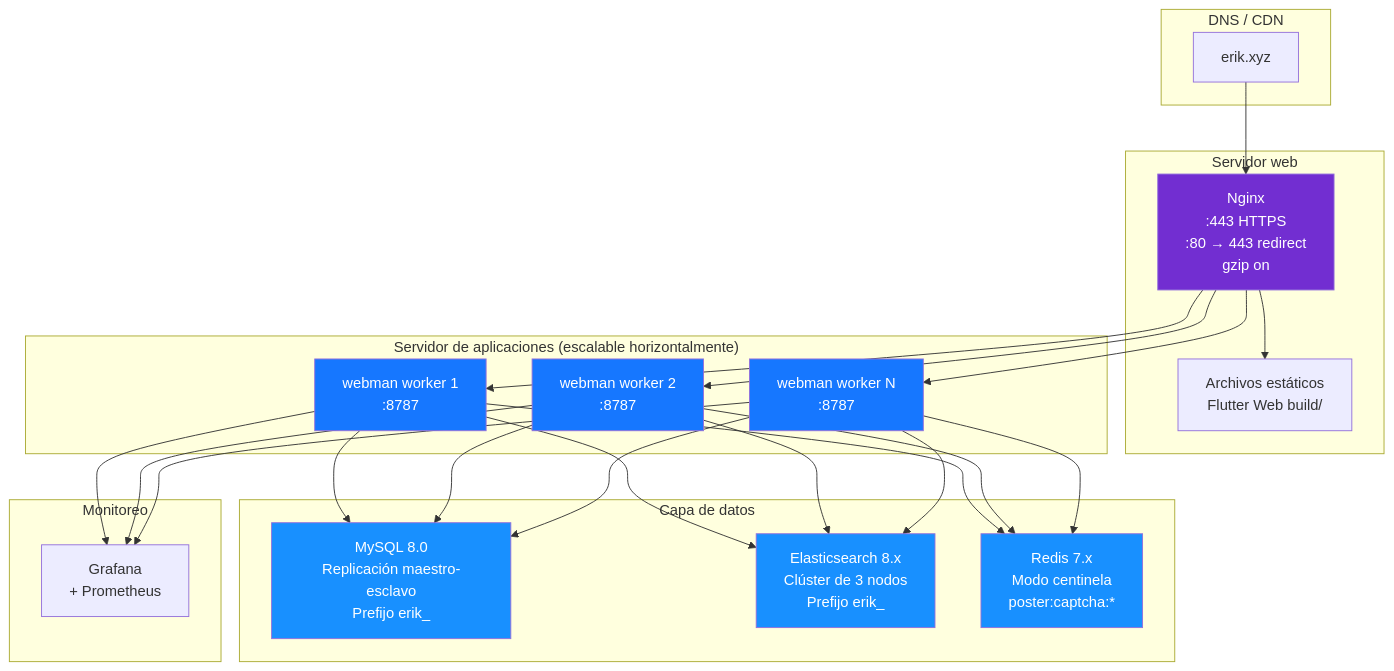
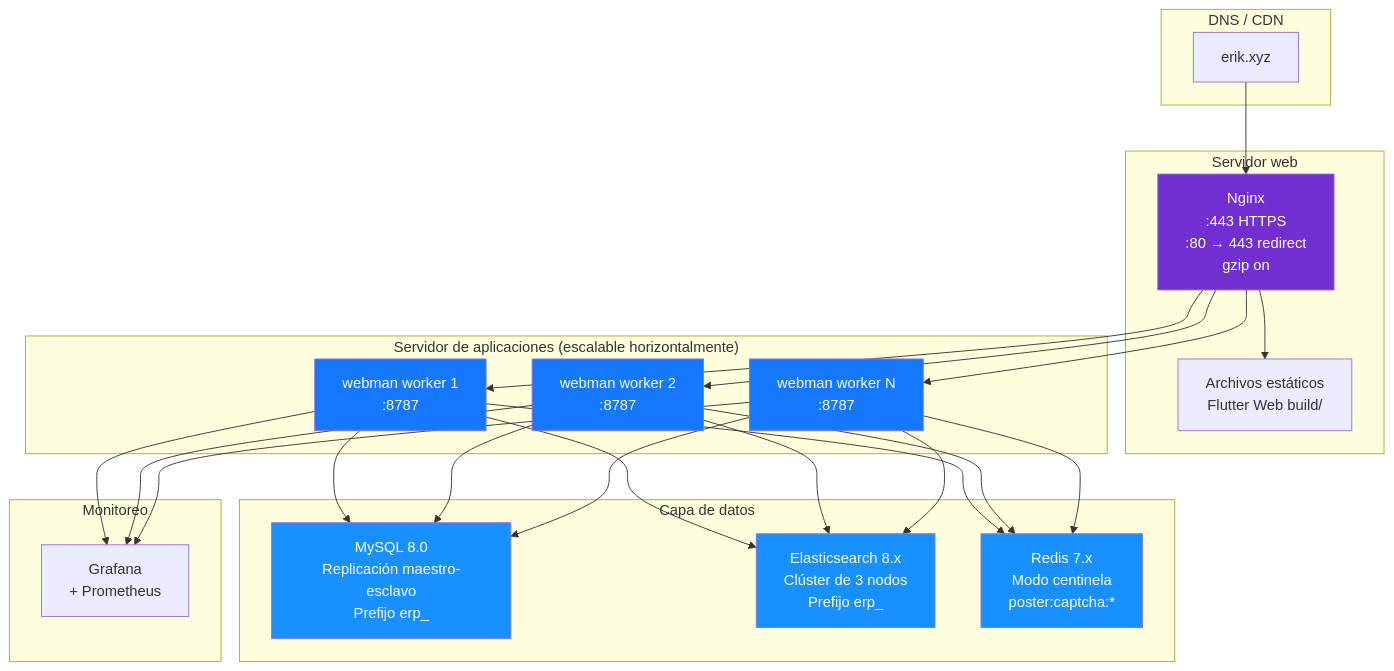
Before and after one commit to erikwang2013/erp-php: diagram 14 of 20 in docs/i18n/es/ARCHITECTURE.md, drawn with Mermaid. The commit also changed other lines of this file and 449 other files, not shown here.

First line of the commit message:
全局命名统一：数据库 erp、表前缀 erp_、Redis 前缀 erp:（原 erik_/open_admin）

````diff
--- a/docs/i18n/es/ARCHITECTURE.md
+++ b/docs/i18n/es/ARCHITECTURE.md
@@ -661,43 +661,43 @@
 ```mermaid
 flowchart TB
     subgraph "DNS / CDN"
         DNS["erik.xyz"]
     end
 
     subgraph "Servidor web"
         NGX["Nginx<br/>:443 HTTPS<br/>:80 → 443 redirect<br/>gzip on"]
         STA["Archivos estáticos<br/>Flutter Web build/"]
     end
 
     subgraph "Servidor de aplicaciones (escalable horizontalmente)"
         WM1["webman worker 1<br/>:8787"]
         WM2["webman worker 2<br/>:8787"]
         WM3["webman worker N<br/>:8787"]
     end
 
     subgraph "Capa de datos"
-        MYSQL["MySQL 8.0<br/>Replicación maestro-esclavo<br/>Prefijo erik_"]
-        ES["Elasticsearch 8.x<br/>Clúster de 3 nodos<br/>Prefijo erik_"]
+        MYSQL["MySQL 8.0<br/>Replicación maestro-esclavo<br/>Prefijo erp_"]
+        ES["Elasticsearch 8.x<br/>Clúster de 3 nodos<br/>Prefijo erp_"]
         REDIS["Redis 7.x<br/>Modo centinela<br/>poster:captcha:*"]
     end
 
     subgraph "Monitoreo"
         MON["Grafana<br/>+ Prometheus"]
     end
 
     DNS --> NGX
     NGX --> STA
     NGX --> WM1 & WM2 & WM3
     WM1 & WM2 & WM3 --> MYSQL
     WM1 & WM2 & WM3 --> ES
     WM1 & WM2 & WM3 --> REDIS
     WM1 & WM2 & WM3 --> MON
 
     style NGX fill:#722ED1,color:#fff
     style WM1 fill:#1677FF,color:#fff
     style WM2 fill:#1677FF,color:#fff
     style WM3 fill:#1677FF,color:#fff
     style MYSQL fill:#1890FF,color:#fff
     style ES fill:#1890FF,color:#fff
     style REDIS fill:#1890FF,color:#fff
 ```
````
